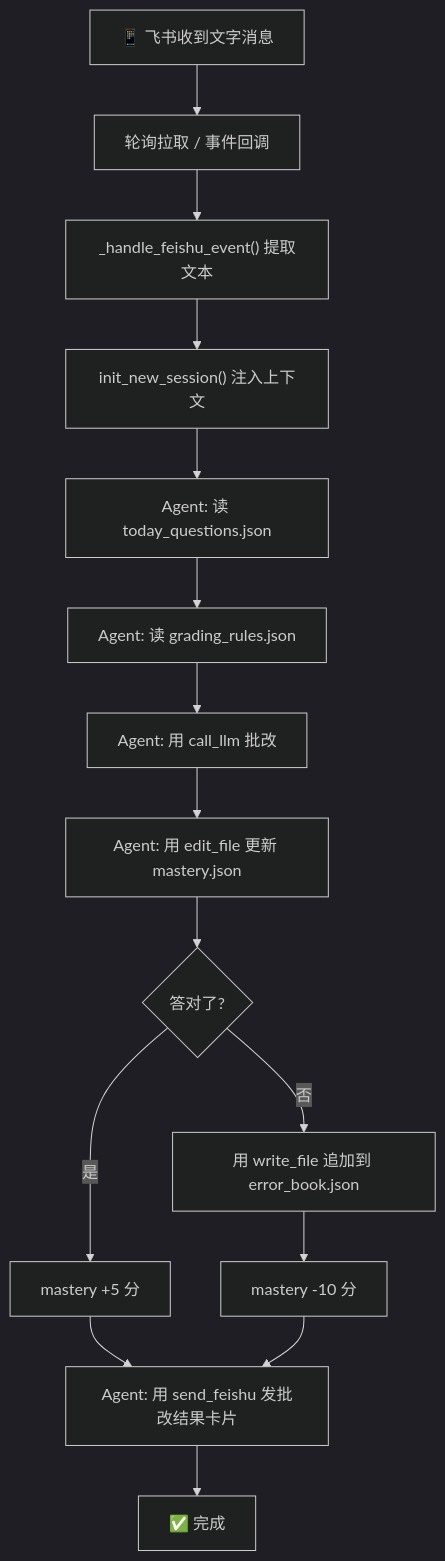
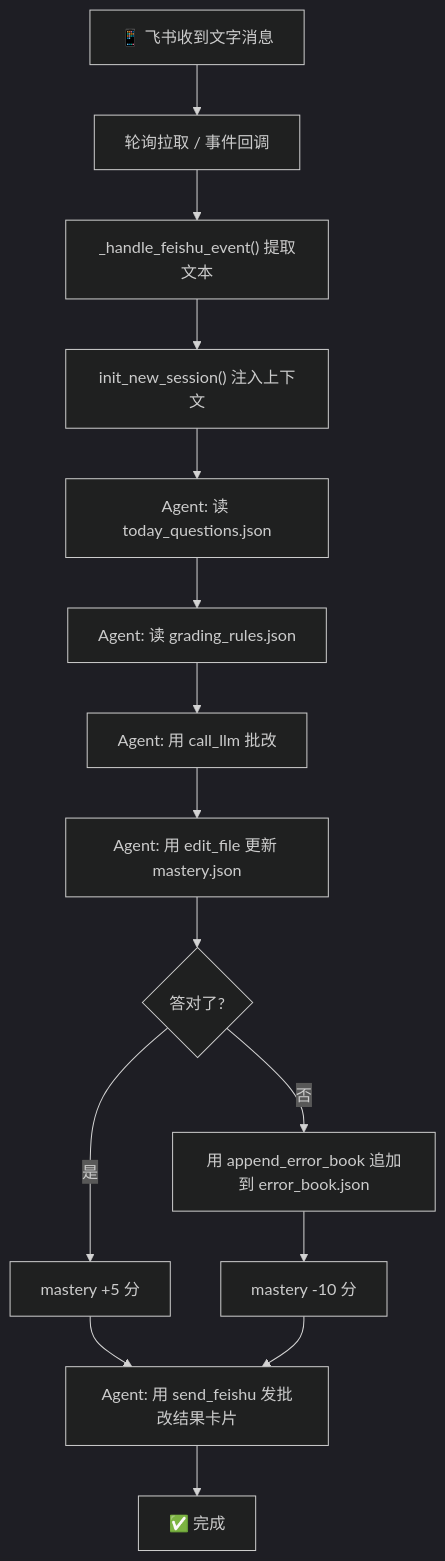
Before and after one commit to mindywang19871129/cat-learning: the second of 5 diagrams in PROJECT_GUIDE.md, drawn with Mermaid (dark theme). The commit also changed 12 other files, not shown here.

````diff
--- a/PROJECT_GUIDE.md
+++ b/PROJECT_GUIDE.md
@@ -439,17 +439,17 @@
 ```mermaid
 flowchart TD
     A["📱 飞书收到文字消息"] --> B["轮询拉取 / 事件回调"]
     B --> C["_handle_feishu_event() 提取文本"]
     C --> D["init_new_session() 注入上下文"]
     D --> E["Agent: 读 today_questions.json"]
     E --> F["Agent: 读 grading_rules.json"]
     F --> G["Agent: 用 call_llm 批改"]
     G --> H["Agent: 用 edit_file 更新 mastery.json"]
     H --> I{"答对了?"}
     I -->|是| J["mastery +5 分"]
-    I -->|否| K["用 write_file 追加到 error_book.json"]
+    I -->|否| K["用 append_error_book 追加到 error_book.json"]
     K --> L["mastery -10 分"]
     J --> M["Agent: 用 send_feishu 发批改结果卡片"]
     L --> M
     M --> N["✅ 完成"]
 ```
````
